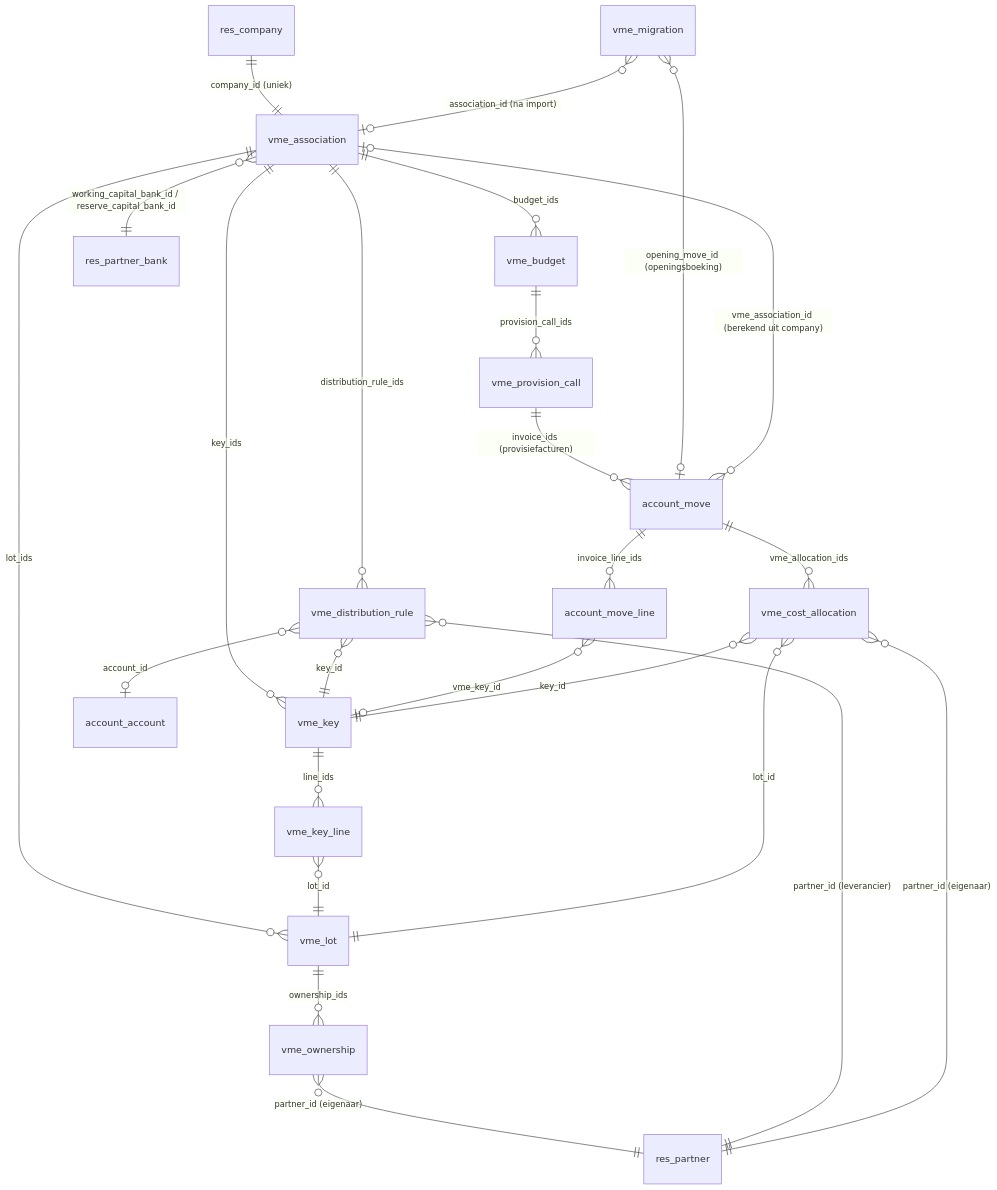
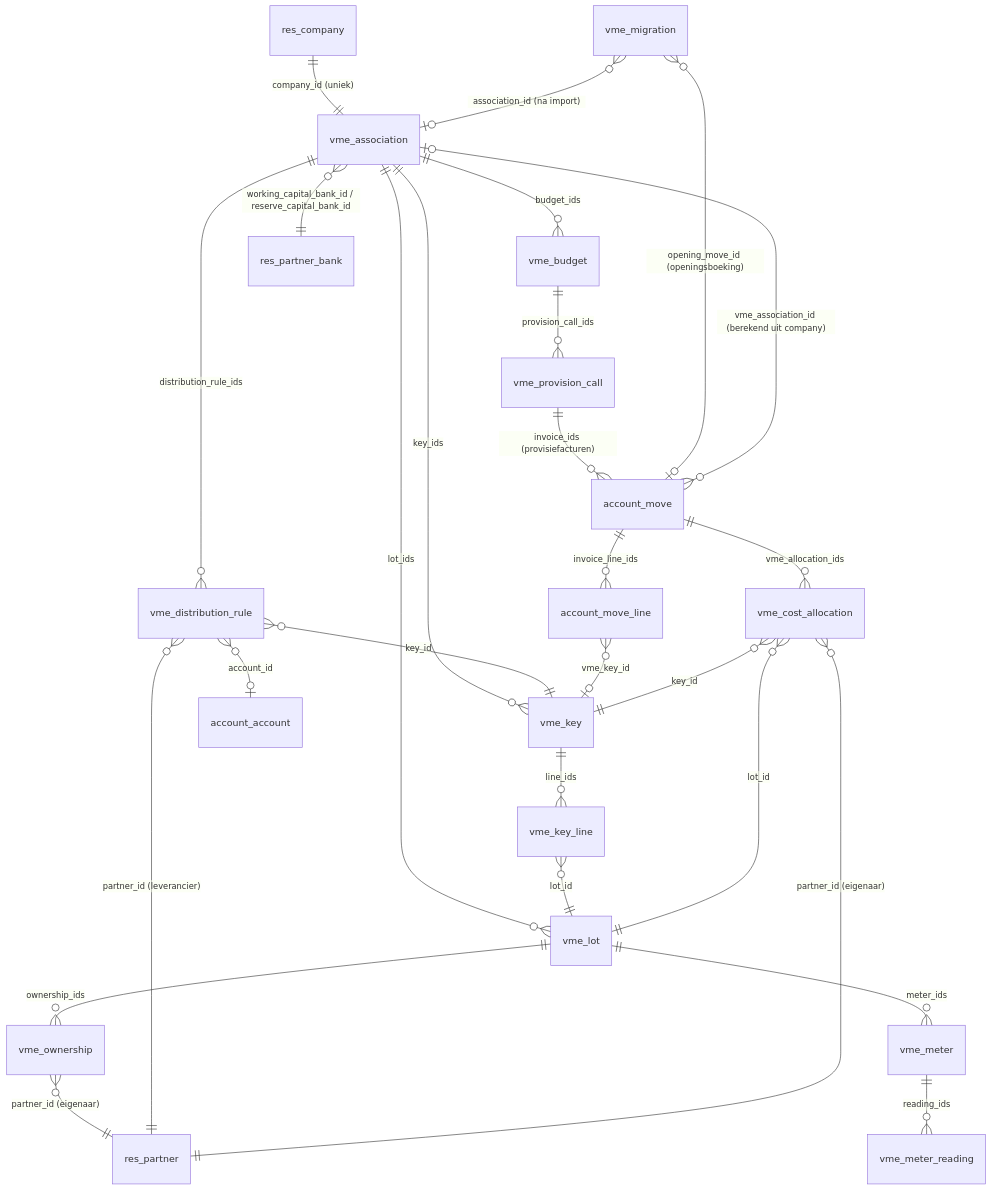
The diagram in docs/dev/datamodel.md (cmaixen/VME-Odoo-Prototype), drawn with Mermaid before and after one commit. The commit also changed other lines of this file and 35 other files, not shown here.

````diff
--- a/docs/dev/datamodel.md
+++ b/docs/dev/datamodel.md
@@ -3,27 +3,29 @@
 ```mermaid
 erDiagram
     res_company ||--|| vme_association : "company_id (uniek)"
     vme_association ||--o{ vme_lot : lot_ids
     vme_association ||--o{ vme_key : key_ids
     vme_association ||--o{ vme_distribution_rule : distribution_rule_ids
     vme_association ||--o{ vme_budget : budget_ids
     vme_association }o--|| res_partner_bank : "working_capital_bank_id / reserve_capital_bank_id"
     vme_key ||--o{ vme_key_line : line_ids
     vme_key_line }o--|| vme_lot : lot_id
     vme_lot ||--o{ vme_ownership : ownership_ids
     vme_ownership }o--|| res_partner : "partner_id (eigenaar)"
     vme_distribution_rule }o--|| res_partner : "partner_id (leverancier)"
     vme_distribution_rule }o--|| vme_key : key_id
     vme_distribution_rule }o--o| account_account : account_id
     vme_budget ||--o{ vme_provision_call : provision_call_ids
     vme_provision_call ||--o{ account_move : "invoice_ids (provisiefacturen)"
     account_move }o--o| vme_association : "vme_association_id (berekend uit company)"
     account_move ||--o{ account_move_line : invoice_line_ids
     account_move_line }o--o| vme_key : vme_key_id
     account_move ||--o{ vme_cost_allocation : vme_allocation_ids
     vme_cost_allocation }o--|| vme_lot : lot_id
     vme_cost_allocation }o--|| res_partner : "partner_id (eigenaar)"
     vme_cost_allocation }o--|| vme_key : key_id
+    vme_lot ||--o{ vme_meter : meter_ids
+    vme_meter ||--o{ vme_meter_reading : reading_ids
     vme_migration }o--o| vme_association : "association_id (na import)"
     vme_migration }o--o| account_move : "opening_move_id (openingsboeking)"
 ```
````
